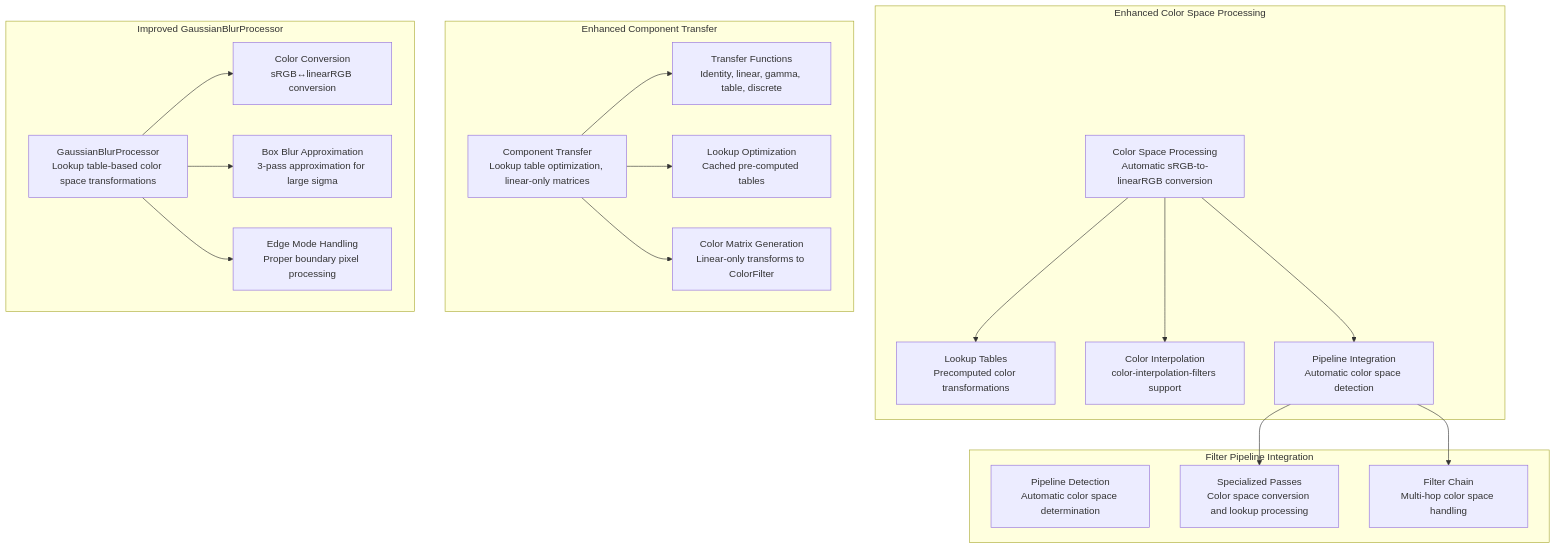
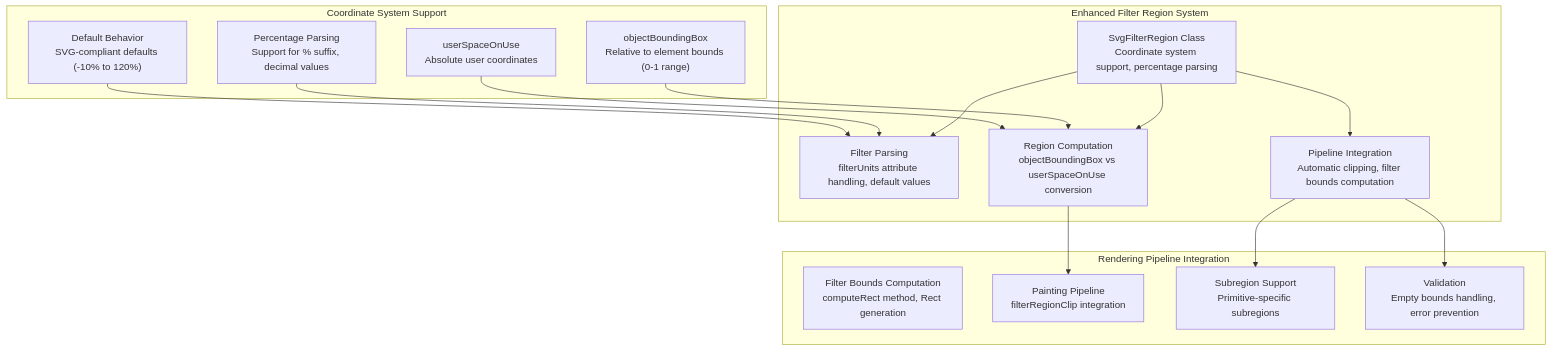
One commit to denisnadey/flutter_full_svg_support changed the first of 2 diagrams in .qoder/repowiki/en/content/Animated SVG Support/Advanced Animation Features/SVG Filters and Effects/SVG Filters and Effects.md. Above: the diagram before and after it, drawn with Mermaid. The commit also changed other lines of this file and 629 other files, not shown here.

First line of the commit message:
feat(css-cascade): enhance non-inherited property handling and shadow DOM support

````diff
--- a/.qoder/repowiki/en/content/Animated SVG Support/Advanced Animation Features/SVG Filters and Effects/SVG Filters and Effects.md
+++ b/.qoder/repowiki/en/content/Animated SVG Support/Advanced Animation Features/SVG Filters and Effects/SVG Filters and Effects.md
@@ -91,37 +87,31 @@
 ```mermaid
 graph TB
-subgraph "Enhanced Color Space Processing"
-ColorSpace["Color Space Processing<br/>Automatic sRGB-to-linearRGB conversion"]
-LookupTables["Lookup Tables<br/>Precomputed color transformations"]
-ColorInterpolation["Color Interpolation<br/>color-interpolation-filters support"]
-PipelineIntegration["Pipeline Integration<br/>Automatic color space detection"]
+subgraph "Enhanced Filter Region System"
+FilterRegionClass["SvgFilterRegion Class<br/>Coordinate system support, percentage parsing"]
+FilterParsing["Filter Parsing<br/>filterUnits attribute handling, default values"]
+RegionComputation["Region Computation<br/>objectBoundingBox vs userSpaceOnUse conversion"]
+PipelineIntegration["Pipeline Integration<br/>Automatic clipping, filter bounds computation"]
 end
-subgraph "Enhanced Component Transfer"
-ComponentTransfer["Component Transfer<br/>Lookup table optimization, linear-only matrices"]
-TransferFunctions["Transfer Functions<br/>Identity, linear, gamma, table, discrete"]
-LookupOptimization["Lookup Optimization<br/>Cached pre-computed tables"]
-ColorMatrixGeneration["Color Matrix Generation<br/>Linear-only transforms to ColorFilter"]
+subgraph "Coordinate System Support"
+ObjectBoundingBox["objectBoundingBox<br/>Relative to element bounds (0-1 range)"]
+UserSpaceOnUse["userSpaceOnUse<br/>Absolute user coordinates"]
+PercentageParsing["Percentage Parsing<br/>Support for % suffix, decimal values"]
+DefaultBehavior["Default Behavior<br/>SVG-compliant defaults (-10% to 120%)"]
 end
-subgraph "Improved GaussianBlurProcessor"
-BlurProcessor["GaussianBlurProcessor<br/>Lookup table-based color space transformations"]
-ColorConversion["Color Conversion<br/>sRGB↔linearRGB conversion"]
-BoxBlurApproximation["Box Blur Approximation<br/>3-pass approximation for large sigma"]
-EdgeModeHandling["Edge Mode Handling<br/>Proper boundary pixel processing"]
+subgraph "Rendering Pipeline Integration"
+FilterBounds["Filter Bounds Computation<br/>computeRect method, Rect generation"]
+PaintingPipeline["Painting Pipeline<br/>filterRegionClip integration"]
+SubregionSupport["Subregion Support<br/>Primitive-specific subregions"]
+Validation["Validation<br/>Empty bounds handling, error prevention"]
 end
-subgraph "Filter Pipeline Integration"
-PipelineDetection["Pipeline Detection<br/>Automatic color space determination"]
-SpecializedPasses["Specialized Passes<br/>Color space conversion and lookup processing"]
-FilterChain["Filter Chain<br/>Multi-hop color space handling"]
-end
-ColorSpace --> LookupTables
-ColorSpace --> ColorInterpolation
-ColorSpace --> PipelineIntegration
-ComponentTransfer --> TransferFunctions
-ComponentTransfer --> LookupOptimization
-ComponentTransfer --> ColorMatrixGeneration
-BlurProcessor --> ColorConversion
-BlurProcessor --> BoxBlurApproximation
-BlurProcessor --> EdgeModeHandling
-PipelineIntegration --> SpecializedPasses
-PipelineIntegration --> FilterChain
+FilterRegionClass --> FilterParsing
+FilterRegionClass --> RegionComputation
+FilterRegionClass --> PipelineIntegration
+ObjectBoundingBox --> RegionComputation
+UserSpaceOnUse --> RegionComputation
+PercentageParsing --> FilterParsing
+DefaultBehavior --> FilterParsing
+RegionComputation --> PaintingPipeline
+PipelineIntegration --> SubregionSupport
+PipelineIntegration --> Validation
 ```
````
